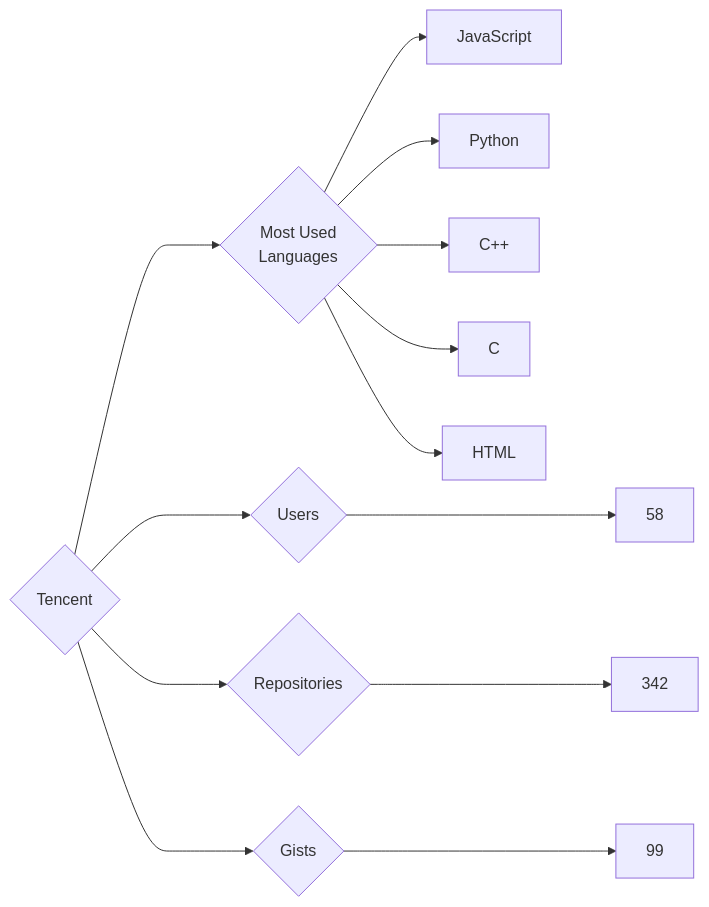
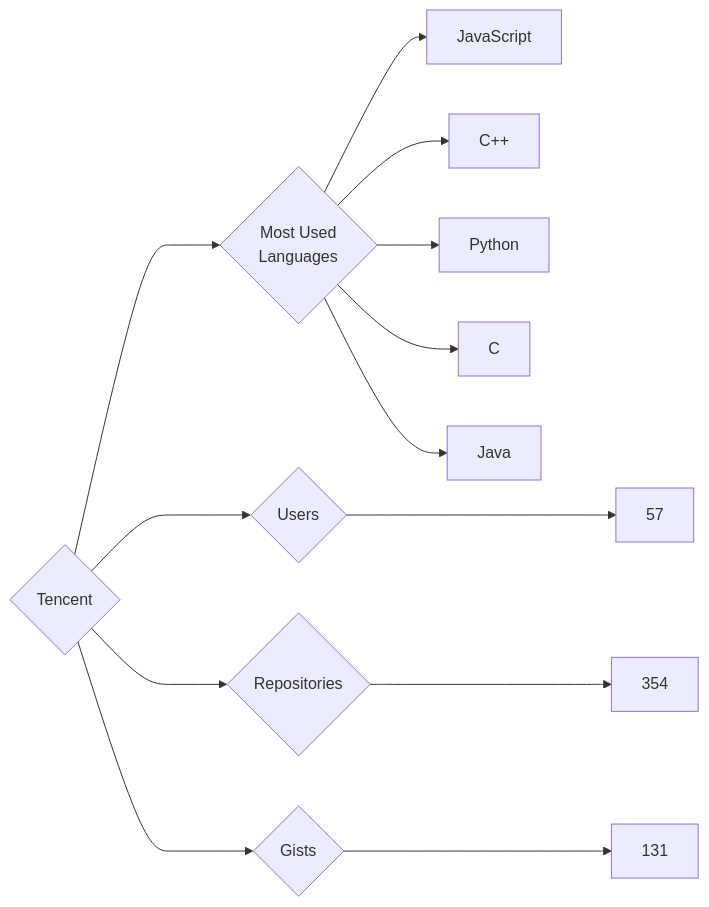
Before and after one commit to trickest/insiders: the diagram in targets/Tencent/README.md, drawn with Mermaid. The commit also changed 835 other files, not shown here.

````diff
--- a/targets/Tencent/README.md
+++ b/targets/Tencent/README.md
@@ -3,13 +3,13 @@
 ```mermaid
 graph LR
 COMPANY_NAME{Tencent}
-COMPANY_NAME ---> U{Users} ---> UN[58]
-COMPANY_NAME ---> R{Repositories} ---> RN[342]
-COMPANY_NAME ---> G{Gists} ---> GN[99]
+COMPANY_NAME ---> U{Users} ---> UN[57]
+COMPANY_NAME ---> R{Repositories} ---> RN[354]
+COMPANY_NAME ---> G{Gists} ---> GN[131]
 COMPANY_NAME ---> ML{Most Used<br>Languages}
 ML --> JavaScript[JavaScript]
+ML --> C++[C++]
 ML --> Python[Python]
-ML --> C++[C++]
 ML --> C[C]
-ML --> HTML[HTML]
+ML --> Java[Java]
 ```
````
